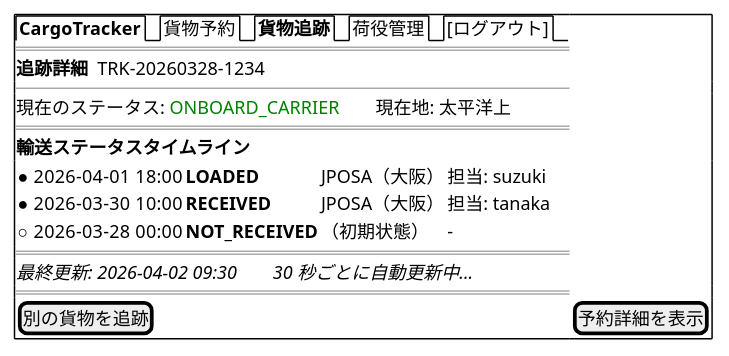
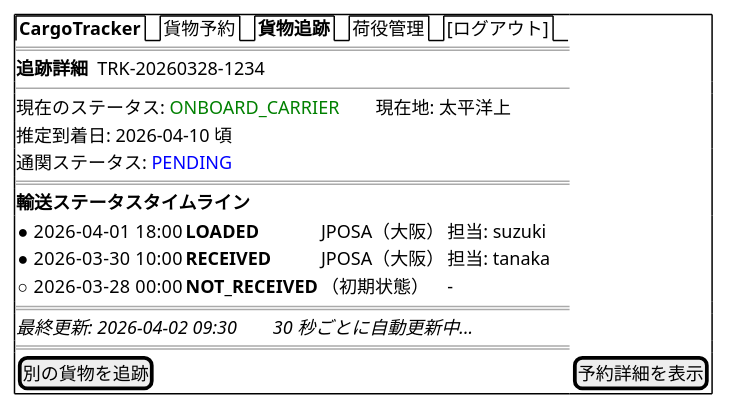
One commit to k2works/case-study-cargo-tracker changed the tenth of 15 diagrams in docs/design/ui_design.md. Above: the diagram before and after it, drawn with PlantUML. The commit also changed other lines of this file, not shown here.

````diff
--- a/docs/design/ui_design.md
+++ b/docs/design/ui_design.md
@@ -555,22 +555,24 @@
 ```plantuml
 @startsalt
 {+
   {/ <b>CargoTracker</b> | 貨物予約 | <b>貨物追跡</b> | 荷役管理 | [ログアウト] }
   ==
   <b>追跡詳細</b>  TRK-20260328-1234
   --
   現在のステータス: <color:green>ONBOARD_CARRIER</color>　　現在地: 太平洋上
+  推定到着日: 2026-04-10 頃
+  通関ステータス: <color:blue>PENDING</color>
   ==
   <b>輸送ステータスタイムライン</b>
   {
     ● 2026-04-01 18:00 | <b>LOADED</b>       | JPOSA（大阪）  | 担当: suzuki
     ● 2026-03-30 10:00 | <b>RECEIVED</b>     | JPOSA（大阪）  | 担当: tanaka
     ○ 2026-03-28 00:00 | <b>NOT_RECEIVED</b> | （初期状態）   | -
   }
   ==
   <i>最終更新: 2026-04-02 09:30　　30 秒ごとに自動更新中...</i>
   ==
   [別の貨物を追跡] | [予約詳細を表示]
 }
 @endsalt
 ```
````
